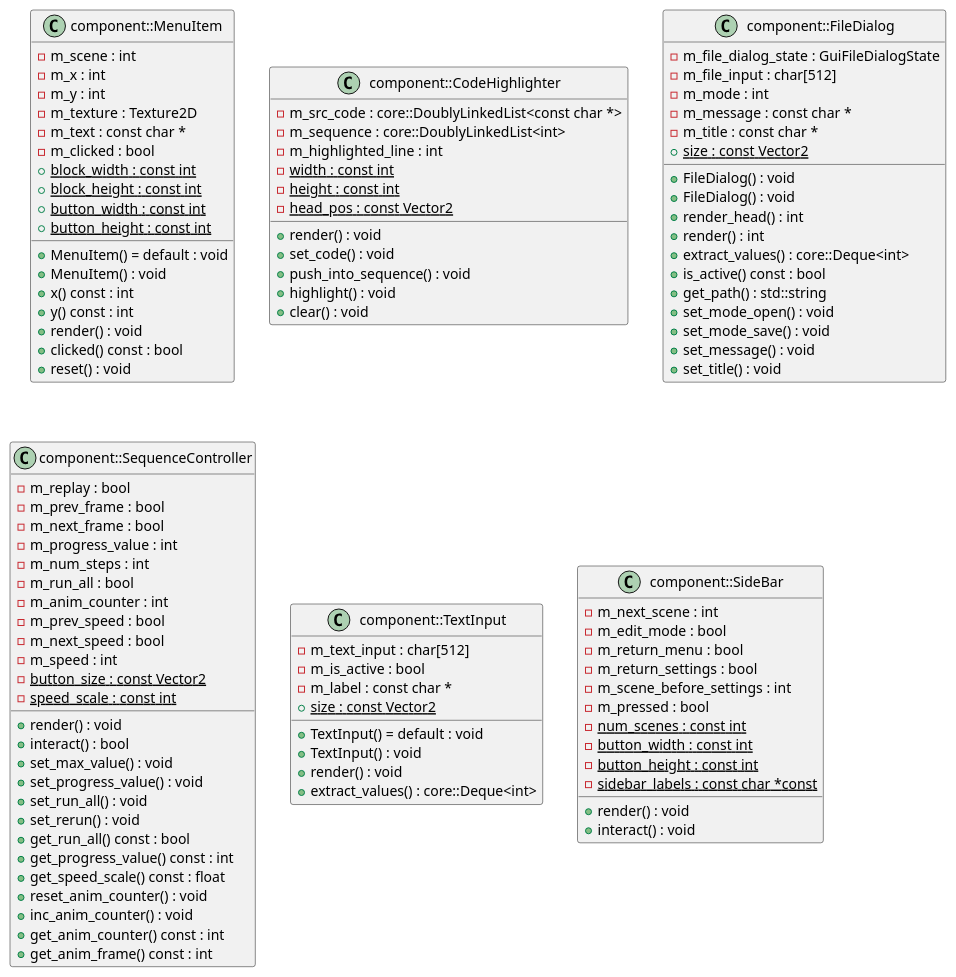
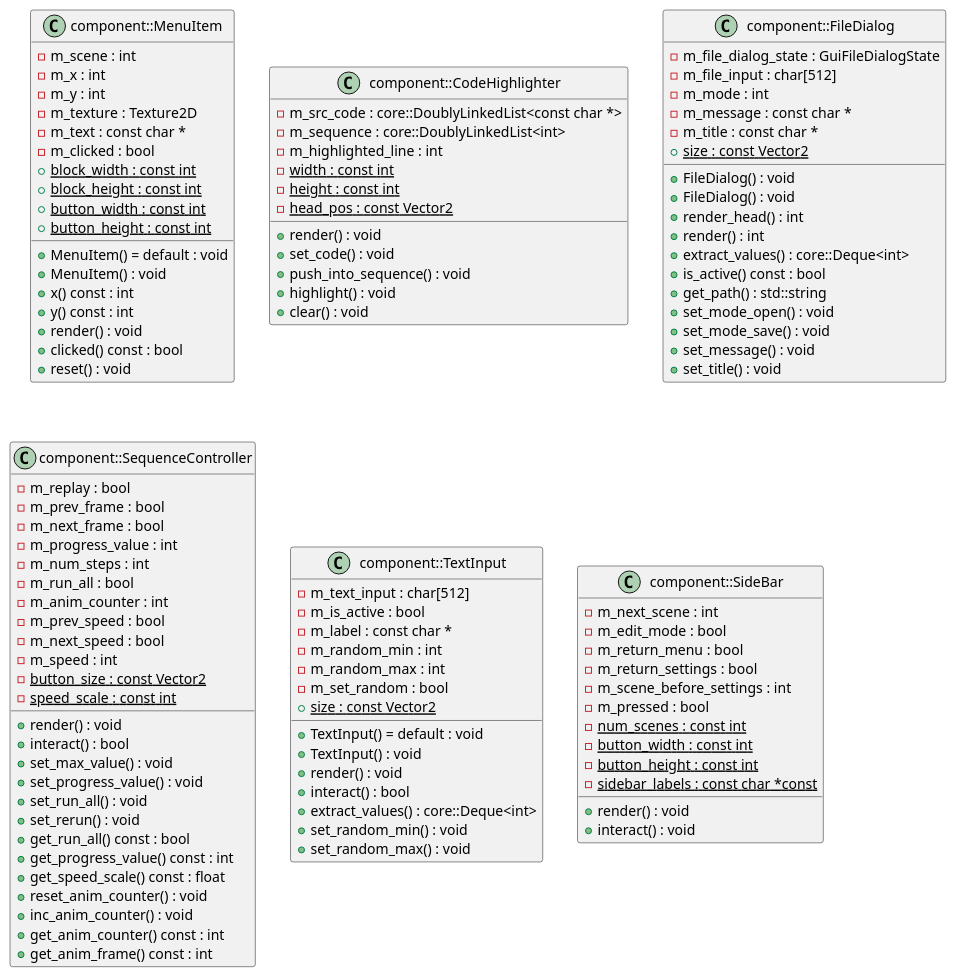
One commit to jalsol/jalviz changed the diagram in docs/diagrams/component.puml. Above: the diagram before and after it, drawn with PlantUML. The commit also changed 5 other files, not shown here.

```diff
--- a/docs/diagrams/component.puml
+++ b/docs/diagrams/component.puml
@@ -1,113 +1,119 @@
 @startuml
 class "component::MenuItem" as C_0000838521297003920901
 class C_0000838521297003920901 {
 +MenuItem() = default : void
 +MenuItem() : void
 +x() const : int
 +y() const : int
 +render() : void
 +clicked() const : bool
 +reset() : void
 -m_scene : int
 -m_x : int
 -m_y : int
 -m_texture : Texture2D
 -m_text : const char *
 -m_clicked : bool
 {static} +block_width : const int
 {static} +block_height : const int
 {static} +button_width : const int
 {static} +button_height : const int
 }
 class "component::CodeHighlighter" as C_0002054133981456560134
 class C_0002054133981456560134 {
 +render() : void
 +set_code() : void
 +push_into_sequence() : void
 +highlight() : void
 +clear() : void
 -m_src_code : core::DoublyLinkedList<const char *>
 -m_sequence : core::DoublyLinkedList<int>
 -m_highlighted_line : int
 {static} -width : const int
 {static} -height : const int
 {static} -head_pos : const Vector2
 }
 class "component::FileDialog" as C_0002086019584566554074
 class C_0002086019584566554074 {
 +FileDialog() : void
 +FileDialog() : void
 +render_head() : int
 +render() : int
 +extract_values() : core::Deque<int>
 +is_active() const : bool
 +get_path() : std::string
 +set_mode_open() : void
 +set_mode_save() : void
 +set_message() : void
 +set_title() : void
 -m_file_dialog_state : GuiFileDialogState
 -m_file_input : char[512]
 -m_mode : int
 -m_message : const char *
 -m_title : const char *
 {static} +size : const Vector2
 }
 class "component::SequenceController" as C_0000345155806459925692
 class C_0000345155806459925692 {
 +render() : void
 +interact() : bool
 +set_max_value() : void
 +set_progress_value() : void
 +set_run_all() : void
 +set_rerun() : void
 +get_run_all() const : bool
 +get_progress_value() const : int
 +get_speed_scale() const : float
 +reset_anim_counter() : void
 +inc_anim_counter() : void
 +get_anim_counter() const : int
 +get_anim_frame() const : int
 -m_replay : bool
 -m_prev_frame : bool
 -m_next_frame : bool
 -m_progress_value : int
 -m_num_steps : int
 -m_run_all : bool
 -m_anim_counter : int
 -m_prev_speed : bool
 -m_next_speed : bool
 -m_speed : int
 {static} -button_size : const Vector2
 {static} -speed_scale : const int
 }
 class "component::TextInput" as C_0002253310056810959814
 class C_0002253310056810959814 {
 +TextInput() = default : void
 +TextInput() : void
 +render() : void
++interact() : bool
 +extract_values() : core::Deque<int>
++set_random_min() : void
++set_random_max() : void
 -m_text_input : char[512]
 -m_is_active : bool
 -m_label : const char *
+-m_random_min : int
+-m_random_max : int
+-m_set_random : bool
 {static} +size : const Vector2
 }
 class "component::SideBar" as C_0000536568757236472708
 class C_0000536568757236472708 {
 +render() : void
 +interact() : void
 -m_next_scene : int
 -m_edit_mode : bool
 -m_return_menu : bool
 -m_return_settings : bool
 -m_scene_before_settings : int
 -m_pressed : bool
 {static} -num_scenes : const int
 {static} -button_width : const int
 {static} -button_height : const int
 {static} -sidebar_labels : const char *const
 }
 
 'Generated with clang-uml, version 0.3.4
 'LLVM version Ubuntu clang version 15.0.6
 @enduml
```
